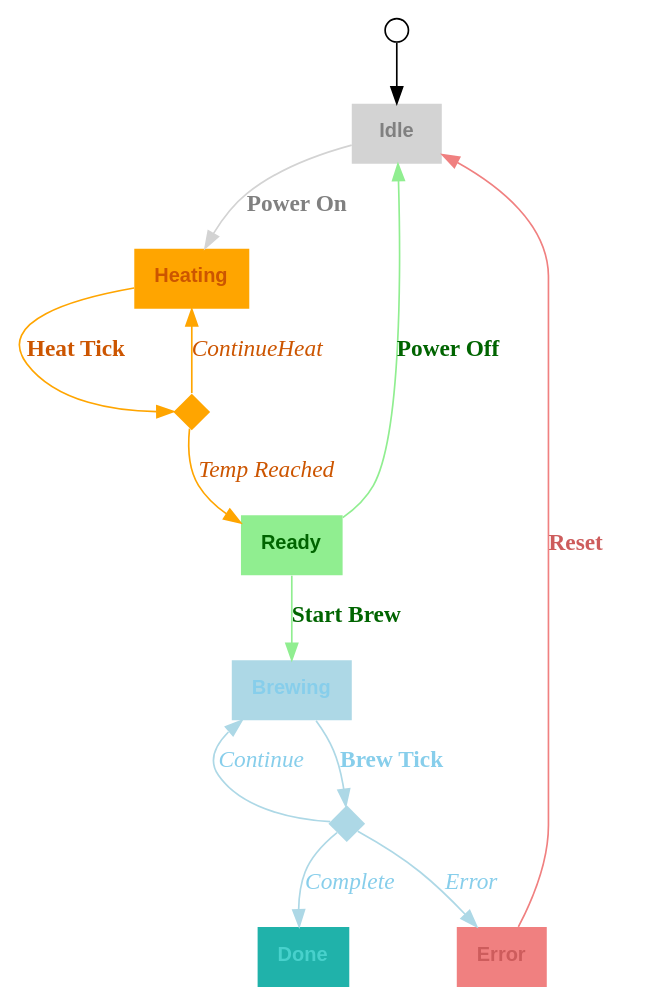
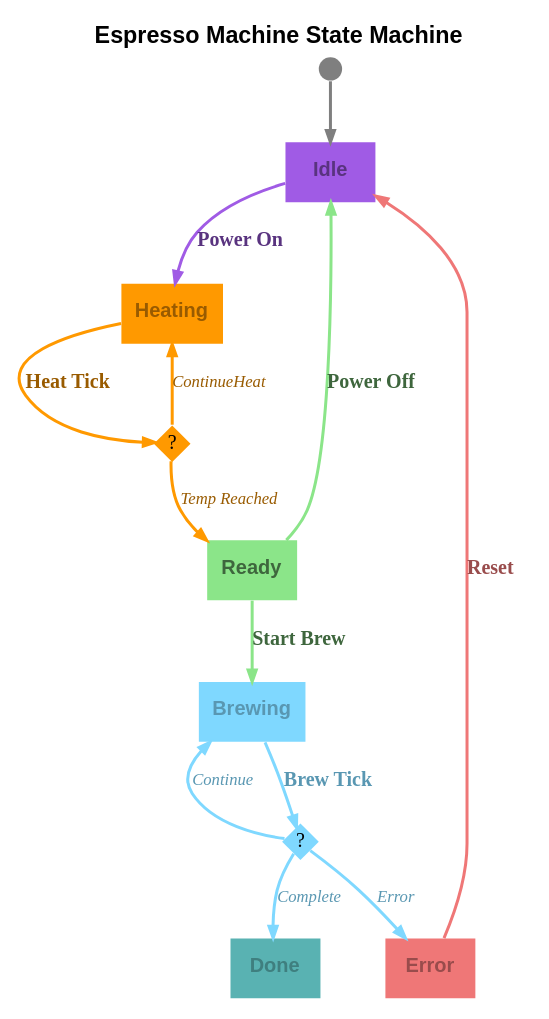
The diagram in chart.dot (m-bock/purescript-transit), drawn with Graphviz before and after one commit. The commit also changed 6 other files, not shown here.

```diff
--- a/chart.dot
+++ b/chart.dot
@@ -1,38 +1,43 @@
 digraph EspressoStateMachine {
     rankdir=TB;
-    node [shape=rectangle, fontsize=12];
+    label=<<b>Espresso Machine State Machine</b>>;
+    labelloc=t;
+    labeljust=c;
+    fontname="Arial";
+    node [shape=box, fontsize=12, style=filled];
+    edge [fontsize=10, arrowsize=0.7, penwidth=1.8];
 
     // Start pseudo-state
-    start [shape=circle, label="", width=0.2, height=0.2, fixedsize=true];
+    start [shape=circle, label="", width=0.2, height=0.2, fixedsize=true, style=filled, fillcolor="0 0 0.5", penwidth=0];
 
     // States
-    Idle     [label=< <b>Idle</b> >, style=filled, fillcolor=lightgray, penwidth=0, fontcolor=gray, fontname="Arial"];
-    Heating  [label=< <b>Heating</b> >, style=filled, fillcolor=orange, penwidth=0, fontcolor="#CC5500", fontname="Arial"];
-    Ready    [label=< <b>Ready</b> >, style=filled, fillcolor=lightgreen, penwidth=0, fontcolor=darkgreen, fontname="Arial"];
-    Brewing  [label=< <b>Brewing</b> >, style=filled, fillcolor=lightblue, penwidth=0, fontcolor=skyblue, fontname="Arial"];
-    Error    [label=< <b>Error</b> >, style=filled, fillcolor=lightcoral, penwidth=0, fontcolor=indianred, fontname="Arial"];
-    Done     [label=< <b>Done</b> >, style=filled, fillcolor=lightseagreen, penwidth=0, fontcolor=mediumturquoise, fontname="Arial"];
+    Idle     [label=<<b>Idle</b>>, fillcolor="0.75 0.6 0.9", penwidth=0, fontcolor="0.75 0.6 0.5", fontname="Arial", labelloc=c];
+    Heating  [label=<<b>Heating</b>>, fillcolor="0.1 1.0 1.0", penwidth=0, fontcolor="0.1 1.0 0.6", fontname="Arial", labelloc=c];
+    Ready    [label=<<b>Ready</b>>, fillcolor="0.33 0.4 0.9", penwidth=0, fontcolor="0.33 0.4 0.4", fontname="Arial", labelloc=c];
+    Brewing  [label=<<b>Brewing</b>>, fillcolor="0.55 0.5 1.0", penwidth=0, fontcolor="0.55 0.5 0.7", fontname="Arial", labelloc=c];
+    Error    [label=<<b>Error</b>>, fillcolor="0 0.5 0.94", penwidth=0, fontcolor="0 0.5 0.6", fontname="Arial", labelloc=c];
+    Done     [label=<<b>Done</b>>, fillcolor="0.5 0.5 0.7", penwidth=0, fontcolor="0.5 0.5 0.5", fontname="Arial", labelloc=c];
 
     // Choice/junction nodes
-    T2 [shape=diamond, label="", style=filled, fillcolor=orange, width=0.3, height=0.3, fixedsize=true, penwidth=0];
-    T  [shape=diamond, label="", style=filled, fillcolor=lightblue, width=0.3, height=0.3, fixedsize=true, penwidth=0];
+    T2 [shape=diamond, label="?", style=filled, fillcolor="0.1 1.0 1.0", width=0.3, height=0.3, fixedsize=true, penwidth=0];
+    T  [shape=diamond, label="?", style=filled, fillcolor="0.55 0.5 1.0", width=0.3, height=0.3, fixedsize=true, penwidth=0];
 
     // Transitions
-    start -> Idle;
+    start -> Idle [color="0 0 0.5"];
 
-    Idle -> Heating [label=<<b>Power On</b>>, color=lightgray, fontcolor=gray];
+    Idle -> Heating [label=<<b>Power On</b>>, color="0.75 0.6 0.9", fontcolor="0.75 0.6 0.5", fontsize=12];
 
-    Heating -> T2 [label=<<b>Heat Tick</b>>, color=orange, fontcolor="#CC5500"];
-    T2 -> Ready [label=<<i>Temp Reached</i>>, color=orange, fontcolor="#CC5500"];
-    T2 -> Heating [label=<<i>ContinueHeat</i>>, color=orange, fontcolor="#CC5500"];
+    Heating -> T2 [label=<<b>Heat Tick</b>>, color="0.1 1.0 1.0", fontcolor="0.1 1.0 0.6", fontsize=12];
+    T2 -> Ready [label=<<i>Temp Reached</i>>, color="0.1 1.0 1.0", fontcolor="0.1 1.0 0.6"];
+    T2 -> Heating [label=<<i>ContinueHeat</i>>, color="0.1 1.0 1.0", fontcolor="0.1 1.0 0.6"];
 
-    Ready -> Brewing [label=<<b>Start Brew</b>>, color=lightgreen, fontcolor=darkgreen];
+    Ready -> Brewing [label=<<b>Start Brew</b>>, color="0.33 0.4 0.9", fontcolor="0.33 0.4 0.4", fontsize=12];
 
-    Brewing -> T [label=<<b>Brew Tick</b>>, color=lightblue, fontcolor=skyblue];
-    T -> Brewing [label=<<i>Continue</i>>, color=lightblue, fontcolor=skyblue];
-    T -> Error   [label=<<i>Error</i>>, color=lightblue, fontcolor=skyblue];
-    T -> Done    [label=<<i>Complete</i>>, color=lightblue, fontcolor=skyblue];
+    Brewing -> T [label=<<b>Brew Tick</b>>, color="0.55 0.5 1.0", fontcolor="0.55 0.5 0.7", fontsize=12];
+    T -> Brewing [label=<<i>Continue</i>>, color="0.55 0.5 1.0", fontcolor="0.55 0.5 0.7"];
+    T -> Error   [label=<<i>Error</i>>, color="0.55 0.5 1.0", fontcolor="0.55 0.5 0.7"];
+    T -> Done    [label=<<i>Complete</i>>, color="0.55 0.5 1.0", fontcolor="0.55 0.5 0.7"];
 
-    Ready -> Idle [label=<<b>Power Off</b>>, color=lightgreen, fontcolor=darkgreen];
-    Error -> Idle [label=<<b>Reset</b>>, color=lightcoral, fontcolor=indianred];
+    Ready -> Idle [label=<<b>Power Off</b>>, color="0.33 0.4 0.9", fontcolor="0.33 0.4 0.4", fontsize=12];
+    Error -> Idle [label=<<b>Reset</b>>, color="0 0.5 0.94", fontcolor="0 0.5 0.6", fontsize=12];
 }
```
